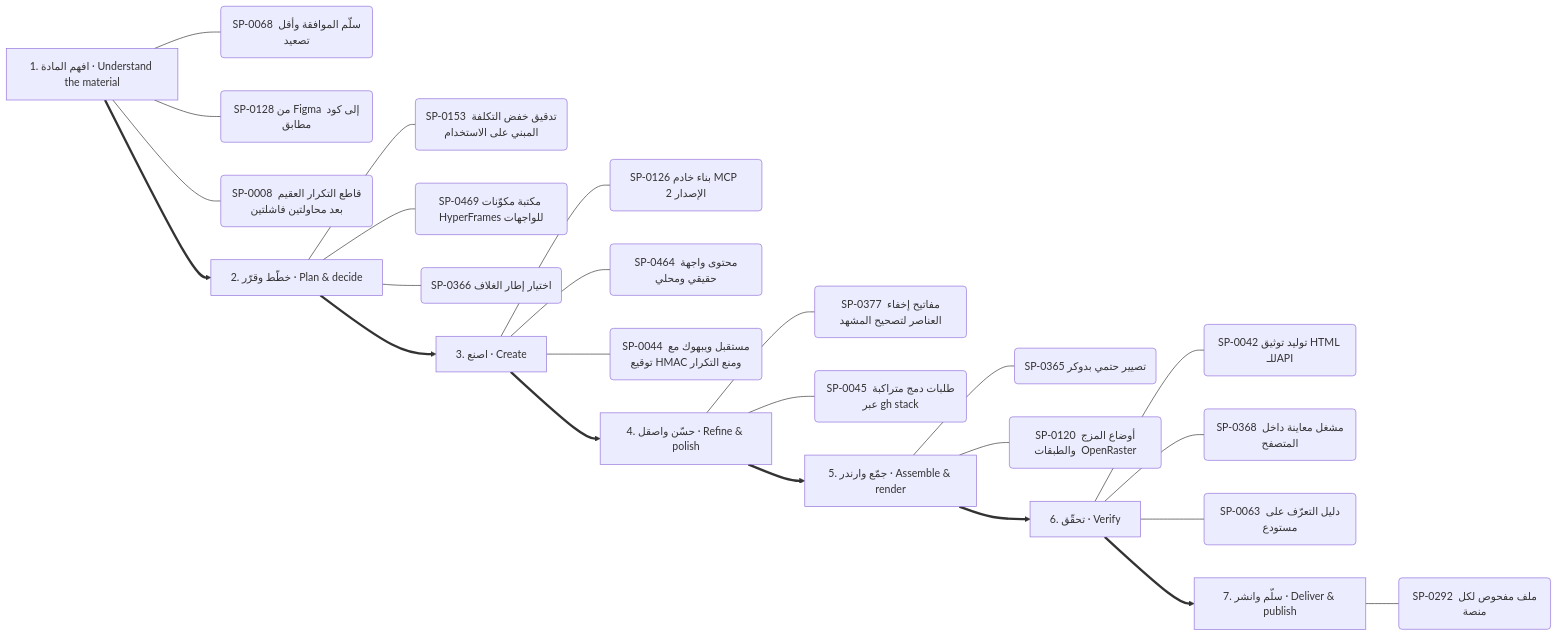
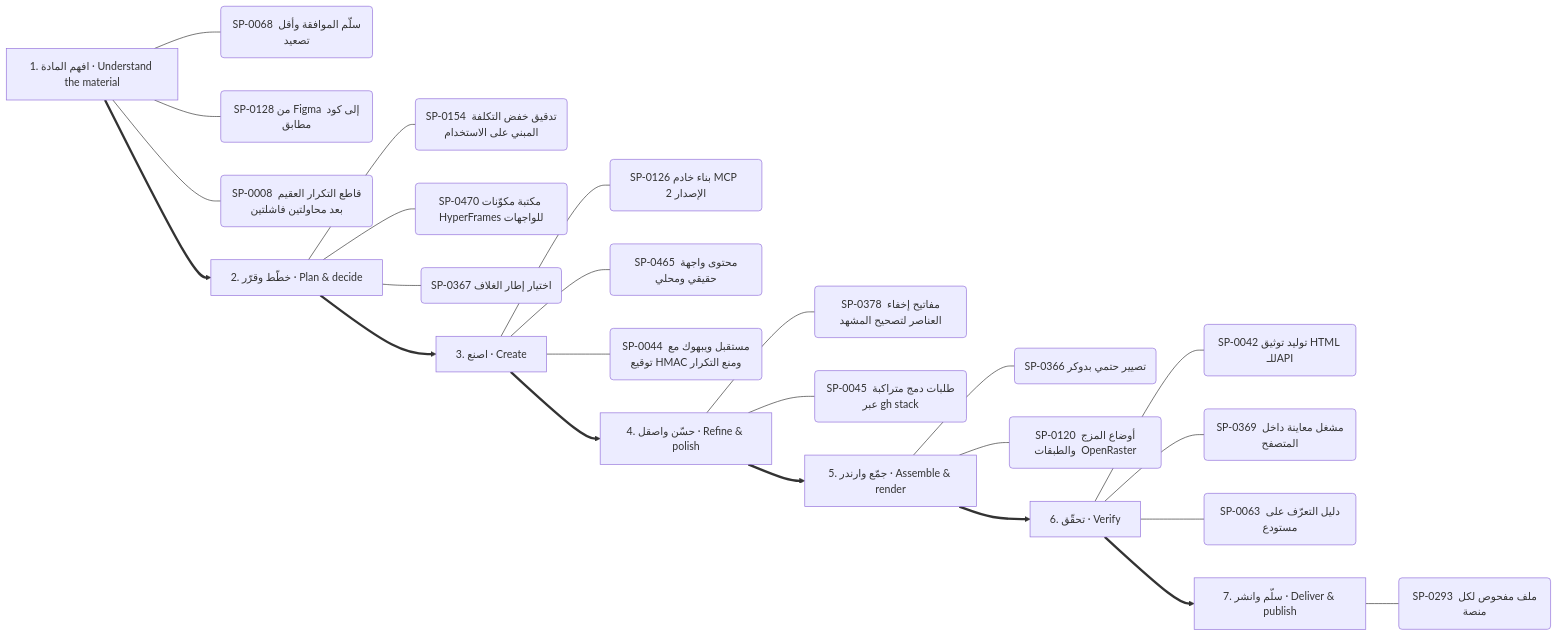
The ninth of 13 diagrams in .claude/skills/kosif-superpowers/references/capability-mindmap.md (kosif199022-jpg/kosif-tool), drawn with Mermaid before and after one commit. The commit also changed other lines of this file and 65 other files, not shown here.

````diff
--- a/.claude/skills/kosif-superpowers/references/capability-mindmap.md
+++ b/.claude/skills/kosif-superpowers/references/capability-mindmap.md
@@ -459,33 +459,33 @@
 ```mermaid
 flowchart LR
   S0["1. افهم المادة · Understand the material"]
   S0 --- S0_0("SP-0068 سلّم الموافقة وأقل تصعيد")
   S0 --- S0_1("SP-0128 من Figma إلى كود مطابق")
   S0 --- S0_2("SP-0008 قاطع التكرار العقيم بعد محاولتين فاشلتين")
   S1["2. خطّط وقرّر · Plan & decide"]
-  S1 --- S1_0("SP-0153 تدقيق خفض التكلفة المبني على الاستخدام")
-  S1 --- S1_1("SP-0469 مكتبة مكوّنات HyperFrames للواجهات")
-  S1 --- S1_2("SP-0366 اختيار إطار الغلاف")
+  S1 --- S1_0("SP-0154 تدقيق خفض التكلفة المبني على الاستخدام")
+  S1 --- S1_1("SP-0470 مكتبة مكوّنات HyperFrames للواجهات")
+  S1 --- S1_2("SP-0367 اختيار إطار الغلاف")
   S0 ==> S1
   S2["3. اصنع · Create"]
   S2 --- S2_0("SP-0126 بناء خادم MCP  الإصدار 2 ")
-  S2 --- S2_1("SP-0464 محتوى واجهة حقيقي ومحلي")
+  S2 --- S2_1("SP-0465 محتوى واجهة حقيقي ومحلي")
   S2 --- S2_2("SP-0044 مستقبل ويبهوك مع توقيع HMAC ومنع التكرار")
   S1 ==> S2
   S3["4. حسّن واصقل · Refine & polish"]
-  S3 --- S3_0("SP-0377 مفاتيح إخفاء العناصر لتصحيح المشهد")
+  S3 --- S3_0("SP-0378 مفاتيح إخفاء العناصر لتصحيح المشهد")
   S3 --- S3_1("SP-0045 طلبات دمج متراكبة عبر gh stack")
   S2 ==> S3
   S4["5. جمّع وارندر · Assemble & render"]
-  S4 --- S4_0("SP-0365 تصيير حتمي بدوكر")
+  S4 --- S4_0("SP-0366 تصيير حتمي بدوكر")
   S4 --- S4_1("SP-0120 أوضاع المزج والطبقات  OpenRaster ")
   S3 ==> S4
   S5["6. تحقّق · Verify"]
   S5 --- S5_0("SP-0042 توليد توثيق HTML للـAPI")
-  S5 --- S5_1("SP-0368 مشغل معاينة داخل المتصفح")
+  S5 --- S5_1("SP-0369 مشغل معاينة داخل المتصفح")
   S5 --- S5_2("SP-0063 دليل التعرّف على مستودع")
   S4 ==> S5
   S6["7. سلّم وانشر · Deliver & publish"]
-  S6 --- S6_0("SP-0292 ملف مفحوص لكل منصة")
+  S6 --- S6_0("SP-0293 ملف مفحوص لكل منصة")
   S5 ==> S6
 ```
````
